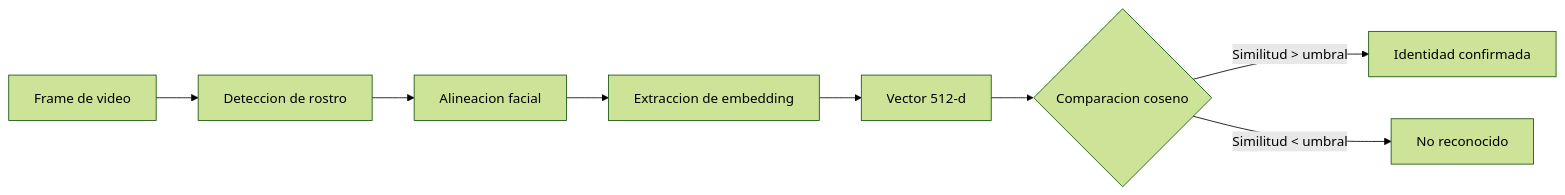
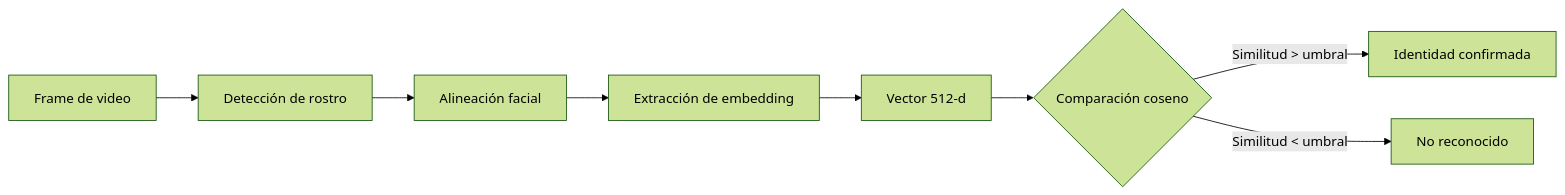
One commit to ramarstudio/RAMar_Repo changed the diagram in docs/arquitectura/motor-biometrico.md. Above: the diagram before and after it, drawn with Mermaid (forest theme). The commit also changed other lines of this file and 14 other files, not shown here.

````diff
--- a/docs/arquitectura/motor-biometrico.md
+++ b/docs/arquitectura/motor-biometrico.md
@@ -18,10 +18,10 @@
 ```mermaid
 graph LR
-    A[Frame de video] --> B[Deteccion de rostro]
-    B --> C[Alineacion facial]
-    C --> D[Extraccion de embedding]
+    A[Frame de video] --> B[Detección de rostro]
+    B --> C[Alineación facial]
+    C --> D[Extracción de embedding]
     D --> E[Vector 512-d]
-    E --> F{Comparacion coseno}
+    E --> F{Comparación coseno}
     F -->|Similitud > umbral| G[Identidad confirmada]
     F -->|Similitud < umbral| H[No reconocido]
 ```
````
